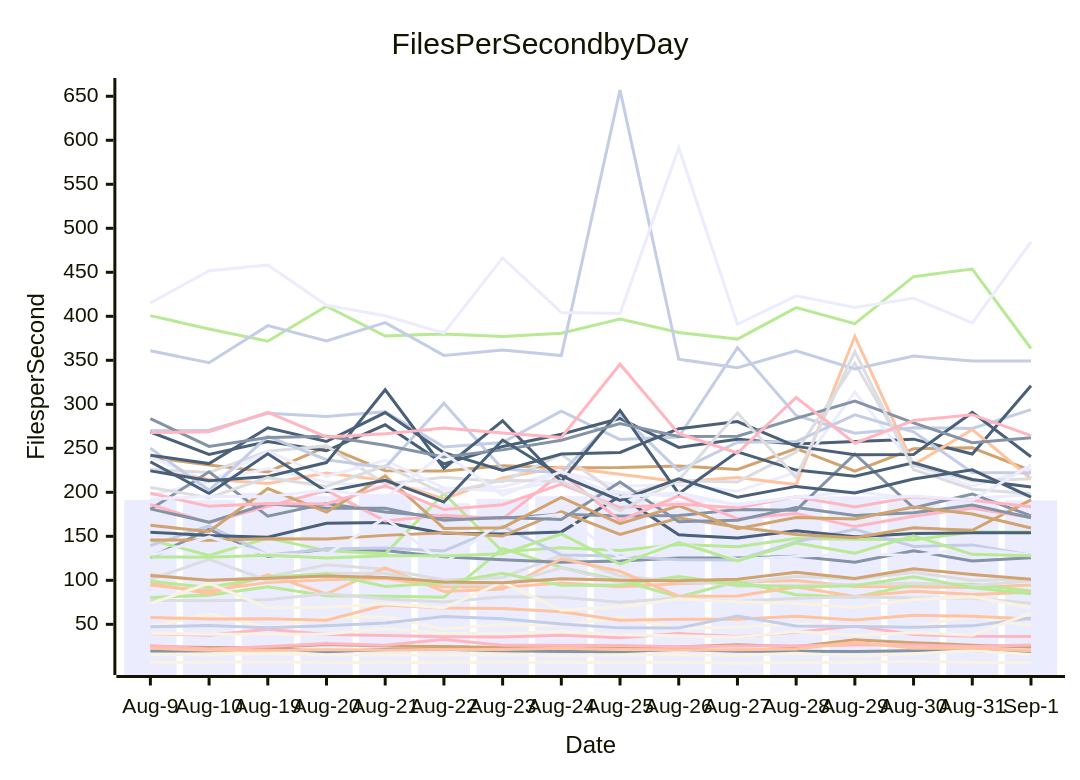
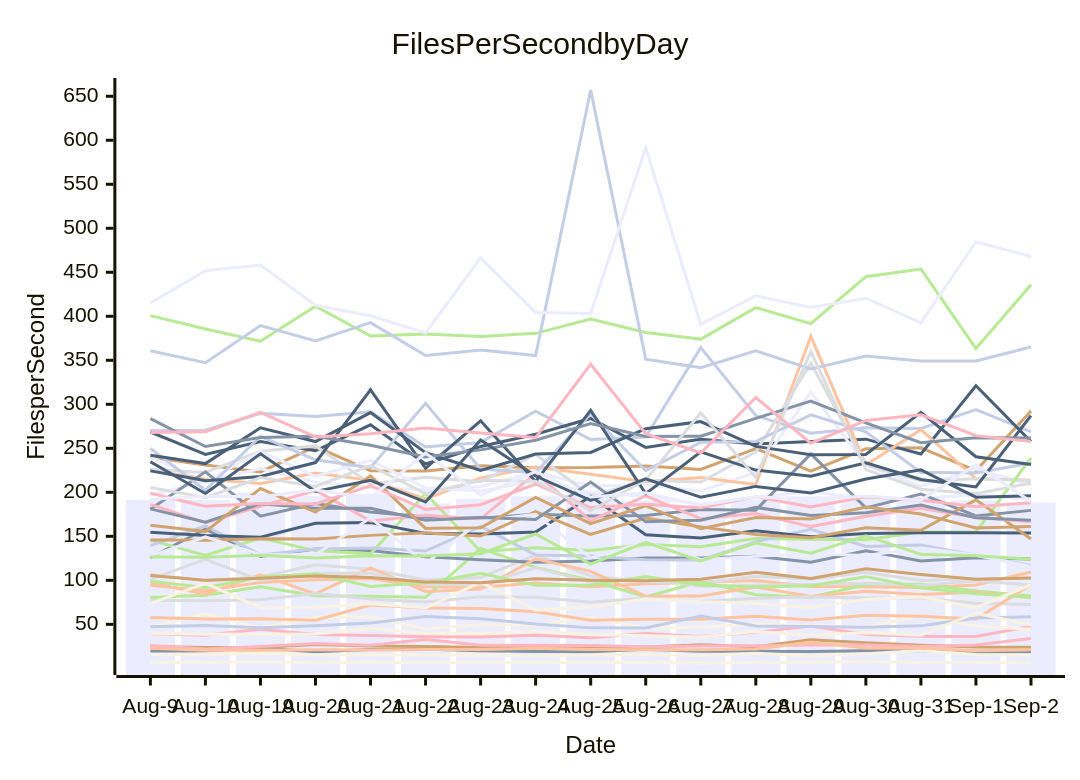
The diagram in perf-report.md (streetsidesoftware/cspell), drawn with Mermaid before and after one commit. The commit also changed other lines of this file and 2 other files, not shown here.

````diff
--- a/perf-report.md
+++ b/perf-report.md
@@ -11,57 +11,57 @@
 ```mermaid
 xychart-beta
     title Files Per Second by Day
     y-axis Files per Second
-    x-axis Date [Aug-9, Aug-10, Aug-19, Aug-20, Aug-21, Aug-22, Aug-23, Aug-24, Aug-25, Aug-26, Aug-27, Aug-28, Aug-29, Aug-30, Aug-31, Sep-1]
-    bar [191.27, 191.48, 199.45, 195.67, 198.22, 187.40, 192.61, 195.61, 200.69, 190.24, 185.15, 191.23, 195.37, 191.39, 193.00, 190.75]
-    line [19.76, 19.87, 23.15, 18.80, 21.30, 21.70, 20.11, 19.24, 18.97, 21.74, 19.44, 19.50, 19.20, 19.98, 20.35, 18.20]
-    line [94.45, 88.13, 97.66, 100.71, 101.93, 92.80, 92.11, 97.07, 92.83, 96.14, 97.78, 99.79, 92.99, 92.61, 91.86, 94.75]
-    line [106.66, 99.38, 103.80, 117.71, 112.47, 100.50, 103.30, 128.71, 104.89, 98.28, 96.78, 104.60, 101.13, 109.23, 99.73, 101.36]
-    line [80.61, 83.15, 92.81, 82.44, 81.86, 80.75, 136.22, 114.72, 99.92, 81.00, 98.60, 83.62, 80.81, 95.31, 95.53, 87.87]
-    line [239.79, 231.09, 223.10, 252.00, 224.60, 224.17, 230.06, 227.93, 228.22, 229.99, 225.97, 249.68, 224.12, 249.45, 250.62, 224.68]
-    line [269.81, 270.47, 289.77, 286.14, 291.59, 251.52, 256.69, 292.19, 260.02, 262.94, 364.38, 287.21, 267.07, 273.26, 272.63, 293.89]
-    line [39.52, 37.52, 44.46, 38.46, 37.42, 35.96, 35.65, 37.61, 34.82, 39.47, 36.12, 40.86, 48.01, 38.35, 36.34, 36.12]
-    line [268.54, 243.09, 257.77, 247.18, 276.72, 232.23, 252.08, 266.01, 283.94, 251.01, 260.27, 254.92, 257.60, 260.42, 243.47, 321.12]
-    line [6.78, 6.60, 7.51, 6.38, 6.72, 6.55, 6.77, 6.55, 6.58, 6.64, 6.06, 6.53, 6.57, 8.03, 6.52, 6.59]
-    line [240.17, 211.99, 227.00, 211.38, 205.51, 203.10, 206.43, 223.33, 206.89, 208.72, 201.20, 222.72, 313.85, 230.65, 207.01, 226.55]
-    line [125.68, 158.27, 127.25, 135.61, 133.76, 126.70, 123.28, 120.42, 121.90, 125.42, 125.26, 127.33, 120.64, 133.49, 122.01, 125.69]
-    line [225.24, 214.74, 210.02, 221.88, 213.58, 192.56, 216.27, 228.68, 220.47, 211.98, 216.89, 208.83, 377.28, 231.14, 271.29, 215.41]
-    line [225.91, 222.58, 246.74, 252.74, 209.47, 217.12, 212.13, 242.98, 195.81, 213.43, 211.78, 245.83, 346.89, 231.16, 212.83, 215.37]
-    line [145.75, 128.32, 148.05, 133.76, 130.09, 198.58, 132.66, 136.89, 133.84, 140.74, 138.14, 147.54, 146.55, 146.02, 154.94, 154.92]
-    line [24.65, 23.72, 23.68, 26.94, 25.51, 24.79, 23.76, 23.53, 22.75, 24.32, 26.78, 24.44, 32.43, 29.19, 26.35, 24.36]
-    line [139.45, 161.93, 128.87, 135.71, 136.66, 133.36, 161.38, 128.87, 127.62, 123.35, 123.11, 143.71, 157.94, 138.50, 140.06, 128.47]
-    line [25.95, 22.03, 24.86, 28.29, 26.21, 32.71, 26.20, 26.09, 26.00, 24.43, 25.37, 25.72, 26.51, 26.59, 24.79, 26.51]
-    line [154.75, 150.93, 149.02, 164.86, 165.64, 153.35, 152.64, 155.02, 195.52, 151.70, 148.17, 156.31, 149.39, 153.11, 153.94, 154.04]
-    line [15.80, 15.53, 17.25, 15.28, 15.49, 14.84, 15.46, 14.39, 15.01, 15.63, 14.69, 17.08, 14.10, 16.71, 20.24, 15.82]
-    line [196.97, 211.99, 246.59, 218.10, 236.31, 204.94, 201.38, 212.81, 200.01, 195.34, 186.50, 194.59, 201.00, 192.78, 193.23, 197.26]
-    line [180.75, 223.35, 172.94, 187.16, 177.68, 172.01, 170.49, 175.09, 173.22, 173.59, 180.48, 179.74, 243.56, 182.28, 198.12, 173.20]
-    line [96.93, 84.41, 106.12, 84.61, 114.12, 87.31, 89.99, 124.55, 110.24, 81.92, 82.24, 92.49, 81.67, 87.59, 83.98, 86.34]
-    line [77.16, 76.75, 77.91, 84.91, 78.76, 75.34, 81.46, 80.77, 74.97, 79.78, 75.90, 79.64, 81.40, 79.85, 79.89, 74.06]
-    line [400.74, 385.62, 371.65, 411.46, 377.61, 379.88, 377.18, 380.64, 396.91, 381.52, 374.08, 409.79, 391.59, 445.01, 453.72, 363.41]
-    line [145.79, 145.58, 147.10, 147.08, 151.07, 153.94, 150.27, 178.09, 152.08, 170.66, 160.71, 152.01, 148.28, 159.68, 156.83, 191.47]
-    line [249.96, 202.34, 263.67, 236.99, 228.06, 301.20, 226.40, 222.40, 289.06, 224.56, 256.87, 257.70, 287.97, 268.68, 222.58, 222.07]
-    line [186.27, 165.43, 184.07, 202.12, 167.51, 173.85, 169.85, 221.75, 167.75, 195.90, 170.00, 175.89, 161.05, 172.78, 181.80, 171.34]
-    line [224.37, 213.27, 217.89, 233.79, 316.48, 227.32, 281.23, 212.31, 293.11, 198.49, 245.94, 225.24, 218.17, 233.60, 214.50, 206.09]
-    line [47.00, 61.84, 45.89, 57.63, 58.67, 44.77, 49.92, 49.06, 57.90, 45.60, 46.71, 50.51, 48.37, 46.85, 59.90, 48.04]
-    line [127.47, 149.55, 129.16, 129.10, 170.99, 119.13, 167.47, 175.06, 125.57, 143.51, 123.67, 127.21, 130.16, 128.18, 136.84, 128.57]
-    line [181.18, 166.12, 186.93, 181.85, 181.88, 168.34, 171.35, 169.12, 211.70, 166.64, 168.34, 182.86, 173.63, 176.66, 185.43, 171.13]
-    line [57.90, 56.15, 56.35, 54.76, 71.89, 68.47, 68.09, 64.39, 54.76, 55.64, 55.71, 59.28, 54.85, 60.20, 59.04, 56.12]
-    line [101.07, 123.80, 99.87, 108.06, 107.98, 95.34, 94.96, 114.12, 97.84, 103.09, 93.25, 94.27, 95.28, 96.54, 94.13, 99.46]
-    line [98.84, 91.76, 103.43, 107.49, 93.08, 97.11, 107.90, 94.53, 94.47, 104.38, 94.67, 92.38, 93.95, 104.17, 91.62, 84.72]
-    line [162.48, 155.40, 204.32, 177.59, 218.64, 159.00, 159.79, 194.26, 164.45, 184.75, 158.60, 171.47, 169.60, 183.25, 175.44, 159.48]
-    line [360.76, 347.31, 389.41, 371.89, 392.82, 355.53, 361.83, 355.43, 657.12, 351.25, 341.51, 360.76, 340.11, 354.77, 349.07, 349.21]
-    line [198.91, 184.05, 187.41, 186.67, 207.48, 180.49, 185.92, 209.38, 182.67, 186.49, 182.43, 194.97, 183.27, 194.85, 191.03, 183.63]
-    line [242.10, 232.62, 273.32, 257.69, 290.62, 245.10, 224.83, 243.49, 245.36, 272.30, 280.33, 252.18, 242.64, 242.97, 290.78, 240.40]
-    line [73.60, 96.61, 68.89, 69.48, 73.38, 68.77, 97.84, 66.15, 69.59, 78.77, 75.57, 73.80, 69.15, 78.35, 81.24, 69.03]
-    line [415.14, 451.69, 458.22, 412.53, 400.53, 380.98, 466.37, 404.40, 403.18, 591.49, 390.96, 423.25, 409.89, 420.57, 392.45, 484.50]
-    line [283.77, 252.09, 262.36, 263.68, 253.37, 240.18, 248.22, 259.20, 278.18, 263.50, 263.68, 284.05, 303.63, 278.91, 256.34, 262.12]
-    line [22.84, 20.59, 20.47, 21.22, 20.90, 21.42, 21.40, 22.88, 21.36, 21.22, 21.19, 22.04, 29.75, 23.02, 22.87, 20.05]
-    line [205.56, 193.98, 216.67, 206.61, 230.20, 198.53, 213.69, 212.64, 179.07, 214.07, 290.22, 216.81, 359.94, 225.73, 203.55, 198.31]
-    line [126.64, 126.17, 128.45, 125.27, 127.94, 127.77, 130.20, 152.67, 118.34, 143.02, 122.15, 142.33, 130.77, 150.54, 129.50, 127.85]
-    line [105.46, 100.11, 102.43, 104.89, 103.21, 98.21, 97.36, 101.78, 100.00, 99.58, 101.28, 109.08, 102.06, 113.06, 106.63, 101.22]
-    line [47.26, 48.66, 46.00, 48.26, 51.42, 58.83, 56.30, 50.38, 45.97, 45.91, 59.43, 48.16, 47.53, 46.75, 48.25, 57.12]
-    line [268.09, 268.70, 290.78, 262.94, 266.60, 272.93, 267.45, 262.37, 345.57, 266.69, 244.68, 307.76, 255.74, 281.64, 288.18, 264.41]
-    line [234.76, 198.61, 243.75, 200.90, 213.71, 188.91, 259.37, 218.53, 190.79, 215.33, 194.36, 206.72, 199.24, 215.14, 225.49, 194.47]
-    line [39.98, 38.63, 38.64, 39.11, 45.24, 39.50, 39.66, 42.07, 38.23, 36.94, 35.58, 41.81, 37.53, 40.57, 37.73, 62.90]
-    line [192.03, 195.48, 194.87, 202.54, 193.62, 244.63, 196.70, 223.56, 194.58, 199.46, 185.25, 194.89, 191.72, 195.81, 191.06, 231.16]
+    x-axis Date [Aug-9, Aug-10, Aug-19, Aug-20, Aug-21, Aug-22, Aug-23, Aug-24, Aug-25, Aug-26, Aug-27, Aug-28, Aug-29, Aug-30, Aug-31, Sep-1, Sep-2]
+    bar [191.27, 191.48, 199.45, 195.67, 198.22, 187.40, 192.61, 195.61, 200.69, 190.24, 185.15, 191.23, 195.37, 191.39, 193.00, 190.75, 188.41]
+    line [19.76, 19.87, 23.15, 18.80, 21.30, 21.70, 20.11, 19.24, 18.97, 21.74, 19.44, 19.50, 19.20, 19.98, 20.35, 18.20, 18.87]
+    line [94.45, 88.13, 97.66, 100.71, 101.93, 92.80, 92.11, 97.07, 92.83, 96.14, 97.78, 99.79, 92.99, 92.61, 91.86, 94.75, 109.37]
+    line [106.66, 99.38, 103.80, 117.71, 112.47, 100.50, 103.30, 128.71, 104.89, 98.28, 96.78, 104.60, 101.13, 109.23, 99.73, 101.36, 102.50]
+    line [80.61, 83.15, 92.81, 82.44, 81.86, 80.75, 136.22, 114.72, 99.92, 81.00, 98.60, 83.62, 80.81, 95.31, 95.53, 87.87, 82.25]
+    line [239.79, 231.09, 223.10, 252.00, 224.60, 224.17, 230.06, 227.93, 228.22, 229.99, 225.97, 249.68, 224.12, 249.45, 250.62, 224.68, 292.31]
+    line [269.81, 270.47, 289.77, 286.14, 291.59, 251.52, 256.69, 292.19, 260.02, 262.94, 364.38, 287.21, 267.07, 273.26, 272.63, 293.89, 268.73]
+    line [39.52, 37.52, 44.46, 38.46, 37.42, 35.96, 35.65, 37.61, 34.82, 39.47, 36.12, 40.86, 48.01, 38.35, 36.34, 36.12, 47.88]
+    line [268.54, 243.09, 257.77, 247.18, 276.72, 232.23, 252.08, 266.01, 283.94, 251.01, 260.27, 254.92, 257.60, 260.42, 243.47, 321.12, 257.59]
+    line [6.78, 6.60, 7.51, 6.38, 6.72, 6.55, 6.77, 6.55, 6.58, 6.64, 6.06, 6.53, 6.57, 8.03, 6.52, 6.59, 6.35]
+    line [240.17, 211.99, 227.00, 211.38, 205.51, 203.10, 206.43, 223.33, 206.89, 208.72, 201.20, 222.72, 313.85, 230.65, 207.01, 226.55, 208.94]
+    line [125.68, 158.27, 127.25, 135.61, 133.76, 126.70, 123.28, 120.42, 121.90, 125.42, 125.26, 127.33, 120.64, 133.49, 122.01, 125.69, 124.28]
+    line [225.24, 214.74, 210.02, 221.88, 213.58, 192.56, 216.27, 228.68, 220.47, 211.98, 216.89, 208.83, 377.28, 231.14, 271.29, 215.41, 213.75]
+    line [225.91, 222.58, 246.74, 252.74, 209.47, 217.12, 212.13, 242.98, 195.81, 213.43, 211.78, 245.83, 346.89, 231.16, 212.83, 215.37, 213.37]
+    line [145.75, 128.32, 148.05, 133.76, 130.09, 198.58, 132.66, 136.89, 133.84, 140.74, 138.14, 147.54, 146.55, 146.02, 154.94, 154.92, 239.25]
+    line [24.65, 23.72, 23.68, 26.94, 25.51, 24.79, 23.76, 23.53, 22.75, 24.32, 26.78, 24.44, 32.43, 29.19, 26.35, 24.36, 24.05]
+    line [139.45, 161.93, 128.87, 135.71, 136.66, 133.36, 161.38, 128.87, 127.62, 123.35, 123.11, 143.71, 157.94, 138.50, 140.06, 128.47, 116.86]
+    line [25.95, 22.03, 24.86, 28.29, 26.21, 32.71, 26.20, 26.09, 26.00, 24.43, 25.37, 25.72, 26.51, 26.59, 24.79, 26.51, 33.95]
+    line [154.75, 150.93, 149.02, 164.86, 165.64, 153.35, 152.64, 155.02, 195.52, 151.70, 148.17, 156.31, 149.39, 153.11, 153.94, 154.04, 153.87]
+    line [15.80, 15.53, 17.25, 15.28, 15.49, 14.84, 15.46, 14.39, 15.01, 15.63, 14.69, 17.08, 14.10, 16.71, 20.24, 15.82, 15.20]
+    line [196.97, 211.99, 246.59, 218.10, 236.31, 204.94, 201.38, 212.81, 200.01, 195.34, 186.50, 194.59, 201.00, 192.78, 193.23, 197.26, 191.58]
+    line [180.75, 223.35, 172.94, 187.16, 177.68, 172.01, 170.49, 175.09, 173.22, 173.59, 180.48, 179.74, 243.56, 182.28, 198.12, 173.20, 179.48]
+    line [96.93, 84.41, 106.12, 84.61, 114.12, 87.31, 89.99, 124.55, 110.24, 81.92, 82.24, 92.49, 81.67, 87.59, 83.98, 86.34, 80.21]
+    line [77.16, 76.75, 77.91, 84.91, 78.76, 75.34, 81.46, 80.77, 74.97, 79.78, 75.90, 79.64, 81.40, 79.85, 79.89, 74.06, 72.57]
+    line [400.74, 385.62, 371.65, 411.46, 377.61, 379.88, 377.18, 380.64, 396.91, 381.52, 374.08, 409.79, 391.59, 445.01, 453.72, 363.41, 435.74]
+    line [145.79, 145.58, 147.10, 147.08, 151.07, 153.94, 150.27, 178.09, 152.08, 170.66, 160.71, 152.01, 148.28, 159.68, 156.83, 191.47, 146.93]
+    line [249.96, 202.34, 263.67, 236.99, 228.06, 301.20, 226.40, 222.40, 289.06, 224.56, 256.87, 257.70, 287.97, 268.68, 222.58, 222.07, 233.31]
+    line [186.27, 165.43, 184.07, 202.12, 167.51, 173.85, 169.85, 221.75, 167.75, 195.90, 170.00, 175.89, 161.05, 172.78, 181.80, 171.34, 166.47]
+    line [224.37, 213.27, 217.89, 233.79, 316.48, 227.32, 281.23, 212.31, 293.11, 198.49, 245.94, 225.24, 218.17, 233.60, 214.50, 206.09, 287.20]
+    line [47.00, 61.84, 45.89, 57.63, 58.67, 44.77, 49.92, 49.06, 57.90, 45.60, 46.71, 50.51, 48.37, 46.85, 59.90, 48.04, 44.33]
+    line [127.47, 149.55, 129.16, 129.10, 170.99, 119.13, 167.47, 175.06, 125.57, 143.51, 123.67, 127.21, 130.16, 128.18, 136.84, 128.57, 115.78]
+    line [181.18, 166.12, 186.93, 181.85, 181.88, 168.34, 171.35, 169.12, 211.70, 166.64, 168.34, 182.86, 173.63, 176.66, 185.43, 171.13, 168.34]
+    line [57.90, 56.15, 56.35, 54.76, 71.89, 68.47, 68.09, 64.39, 54.76, 55.64, 55.71, 59.28, 54.85, 60.20, 59.04, 56.12, 95.13]
+    line [101.07, 123.80, 99.87, 108.06, 107.98, 95.34, 94.96, 114.12, 97.84, 103.09, 93.25, 94.27, 95.28, 96.54, 94.13, 99.46, 94.77]
+    line [98.84, 91.76, 103.43, 107.49, 93.08, 97.11, 107.90, 94.53, 94.47, 104.38, 94.67, 92.38, 93.95, 104.17, 91.62, 84.72, 80.80]
+    line [162.48, 155.40, 204.32, 177.59, 218.64, 159.00, 159.79, 194.26, 164.45, 184.75, 158.60, 171.47, 169.60, 183.25, 175.44, 159.48, 161.18]
+    line [360.76, 347.31, 389.41, 371.89, 392.82, 355.53, 361.83, 355.43, 657.12, 351.25, 341.51, 360.76, 340.11, 354.77, 349.07, 349.21, 365.08]
+    line [198.91, 184.05, 187.41, 186.67, 207.48, 180.49, 185.92, 209.38, 182.67, 186.49, 182.43, 194.97, 183.27, 194.85, 191.03, 183.63, 188.12]
+    line [242.10, 232.62, 273.32, 257.69, 290.62, 245.10, 224.83, 243.49, 245.36, 272.30, 280.33, 252.18, 242.64, 242.97, 290.78, 240.40, 231.69]
+    line [73.60, 96.61, 68.89, 69.48, 73.38, 68.77, 97.84, 66.15, 69.59, 78.77, 75.57, 73.80, 69.15, 78.35, 81.24, 69.03, 94.98]
+    line [415.14, 451.69, 458.22, 412.53, 400.53, 380.98, 466.37, 404.40, 403.18, 591.49, 390.96, 423.25, 409.89, 420.57, 392.45, 484.50, 468.01]
+    line [283.77, 252.09, 262.36, 263.68, 253.37, 240.18, 248.22, 259.20, 278.18, 263.50, 263.68, 284.05, 303.63, 278.91, 256.34, 262.12, 261.64]
+    line [22.84, 20.59, 20.47, 21.22, 20.90, 21.42, 21.40, 22.88, 21.36, 21.22, 21.19, 22.04, 29.75, 23.02, 22.87, 20.05, 21.25]
+    line [205.56, 193.98, 216.67, 206.61, 230.20, 198.53, 213.69, 212.64, 179.07, 214.07, 290.22, 216.81, 359.94, 225.73, 203.55, 198.31, 210.57]
+    line [126.64, 126.17, 128.45, 125.27, 127.94, 127.77, 130.20, 152.67, 118.34, 143.02, 122.15, 142.33, 130.77, 150.54, 129.50, 127.85, 123.99]
+    line [105.46, 100.11, 102.43, 104.89, 103.21, 98.21, 97.36, 101.78, 100.00, 99.58, 101.28, 109.08, 102.06, 113.06, 106.63, 101.22, 102.60]
+    line [47.26, 48.66, 46.00, 48.26, 51.42, 58.83, 56.30, 50.38, 45.97, 45.91, 59.43, 48.16, 47.53, 46.75, 48.25, 57.12, 58.70]
+    line [268.09, 268.70, 290.78, 262.94, 266.60, 272.93, 267.45, 262.37, 345.57, 266.69, 244.68, 307.76, 255.74, 281.64, 288.18, 264.41, 257.76]
+    line [234.76, 198.61, 243.75, 200.90, 213.71, 188.91, 259.37, 218.53, 190.79, 215.33, 194.36, 206.72, 199.24, 215.14, 225.49, 194.47, 196.00]
+    line [39.98, 38.63, 38.64, 39.11, 45.24, 39.50, 39.66, 42.07, 38.23, 36.94, 35.58, 41.81, 37.53, 40.57, 37.73, 62.90, 49.18]
+    line [192.03, 195.48, 194.87, 202.54, 193.62, 244.63, 196.70, 223.56, 194.58, 199.46, 185.25, 194.89, 191.72, 195.81, 191.06, 231.16, 189.68]
 ```
````
